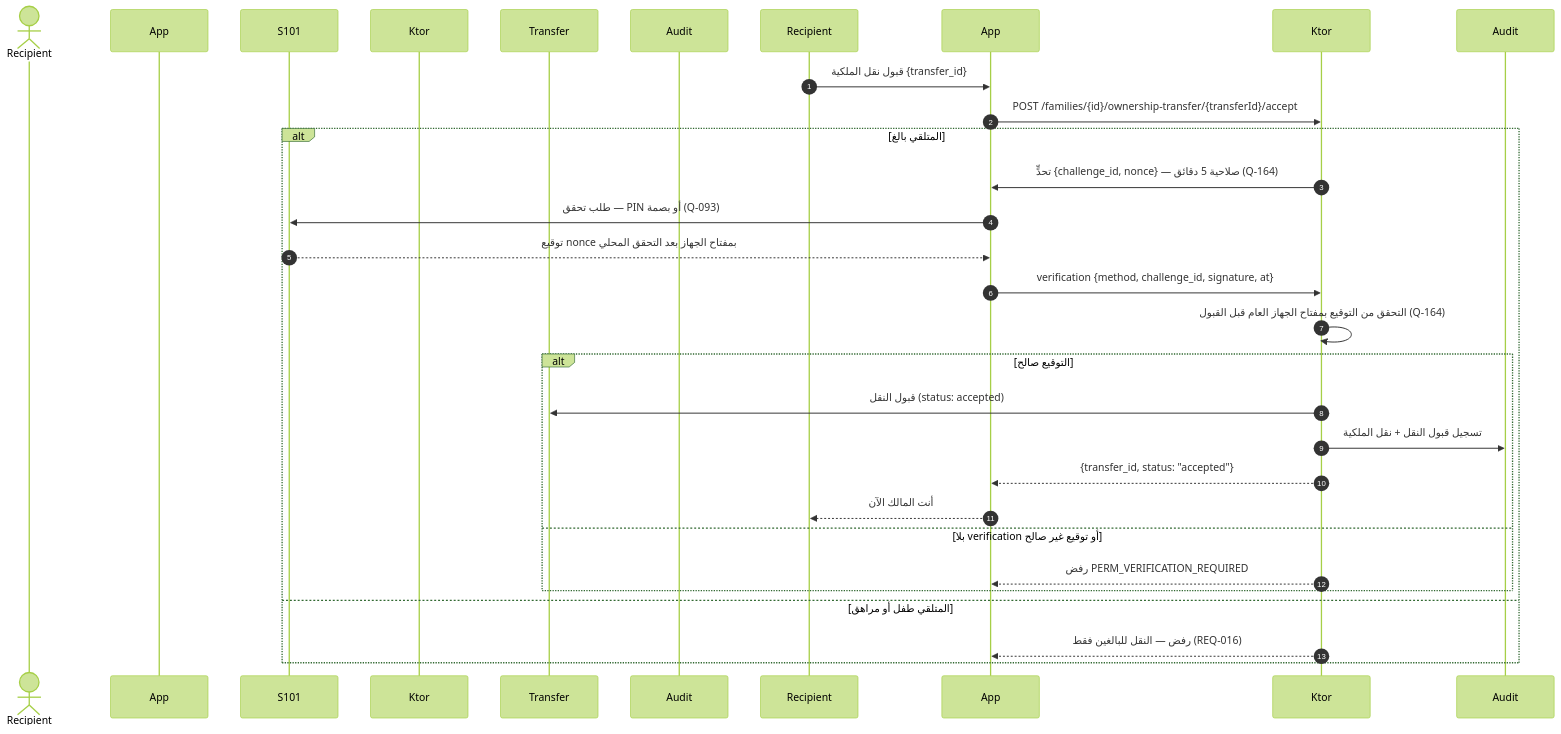
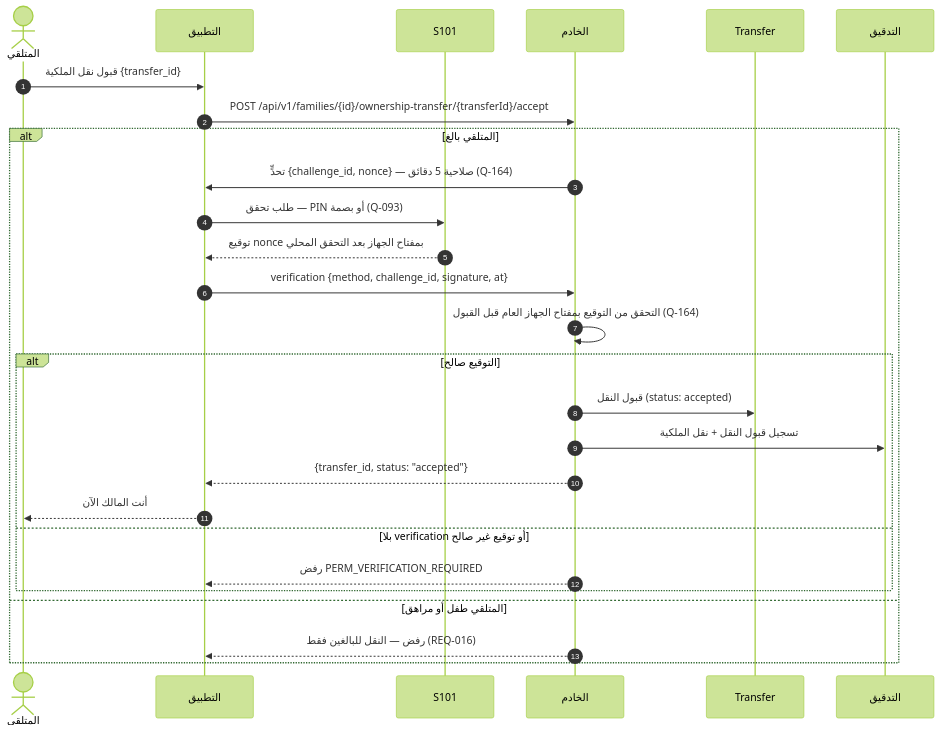
One commit to Bassam-mohammed-alqaeadi/family-os-v2 changed the tenth of 13 diagrams in docs/family-os/governance/phases/phase-1/S1-03-family-roles-and-permissions/DIAGRAMS.md. Above: the diagram before and after it, drawn with Mermaid (forest theme). The commit also changed other lines of this file and 10 other files, not shown here.

Commit message:
إغلاق المراجعة الشاملة R1–R5 (Q-196…Q-231) — المخططات DIAGRAMS + خريطة السياق (2/4)

````diff
--- a/docs/family-os/governance/phases/phase-1/S1-03-family-roles-and-permissions/DIAGRAMS.md
+++ b/docs/family-os/governance/phases/phase-1/S1-03-family-roles-and-permissions/DIAGRAMS.md
@@ -381,29 +384,29 @@
 ```mermaid
 sequenceDiagram
     autonumber
-    actor المتلقي as Recipient
-    participant التطبيق as App
+    actor Recipient as المتلقي
+    participant App as التطبيق
     participant البوابة as S101
-    participant الخادم as Ktor
+    participant Ktor as الخادم
     participant النقل as Transfer
-    participant التدقيق as Audit
+    participant Audit as التدقيق
     Recipient->>App: قبول نقل الملكية {transfer_id}
-    App->>Ktor: POST /families/{id}/ownership-transfer/{transferId}/accept
+    App->>Ktor: POST /api/v1/families/{id}/ownership-transfer/{transferId}/accept
     alt المتلقي بالغ
         Ktor->>App: تحدٍّ {challenge_id, nonce} — صلاحية 5 دقائق (Q-164)
         App->>البوابة: طلب تحقق — PIN أو بصمة (Q-093)
         البوابة-->>App: توقيع nonce بمفتاح الجهاز بعد التحقق المحلي
         App->>Ktor: verification {method, challenge_id, signature, at}
         Ktor->>Ktor: التحقق من التوقيع بمفتاح الجهاز العام قبل القبول (Q-164)
         alt التوقيع صالح
             Ktor->>النقل: قبول النقل (status: accepted)
             Ktor->>Audit: تسجيل قبول النقل + نقل الملكية
             Ktor-->>App: {transfer_id, status: "accepted"}
             App-->>Recipient: أنت المالك الآن
         else بلا verification أو توقيع غير صالح
             Ktor-->>App: رفض PERM_VERIFICATION_REQUIRED
         end
     else المتلقي طفل أو مراهق
         Ktor-->>App: رفض — النقل للبالغين فقط (REQ-016)
     end
 ```
````
